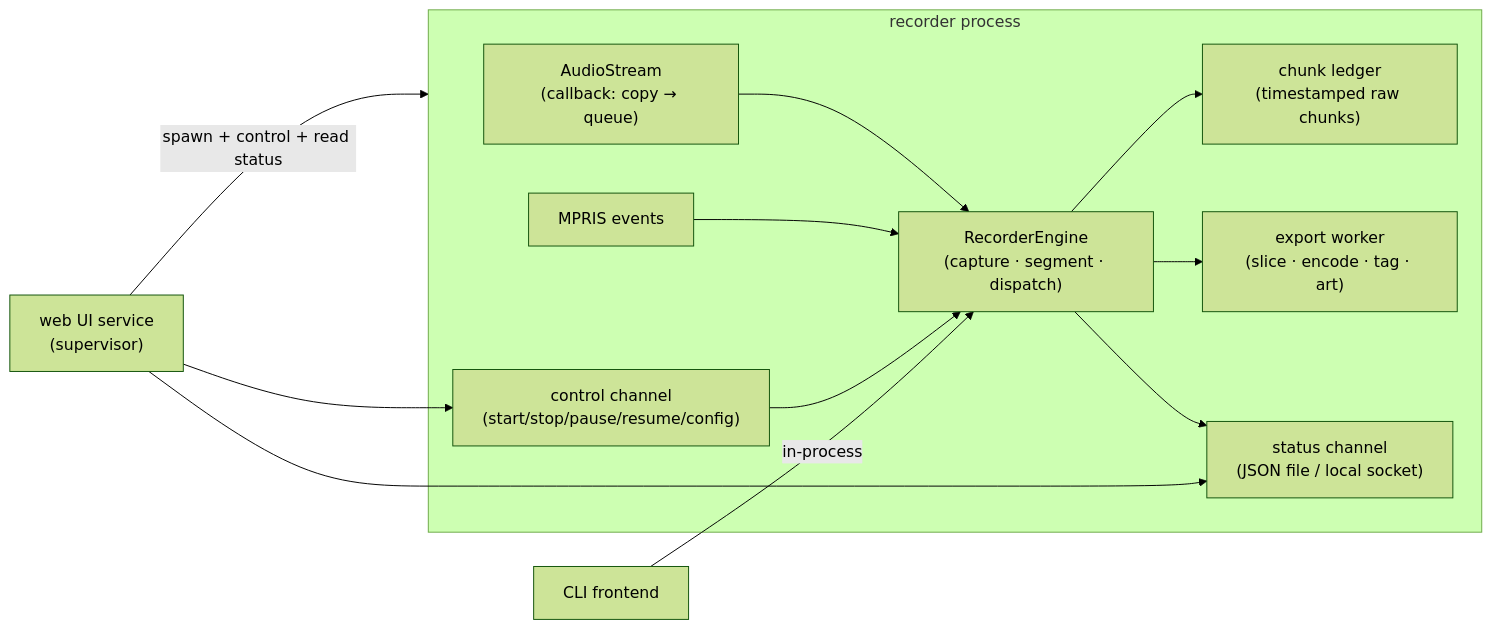
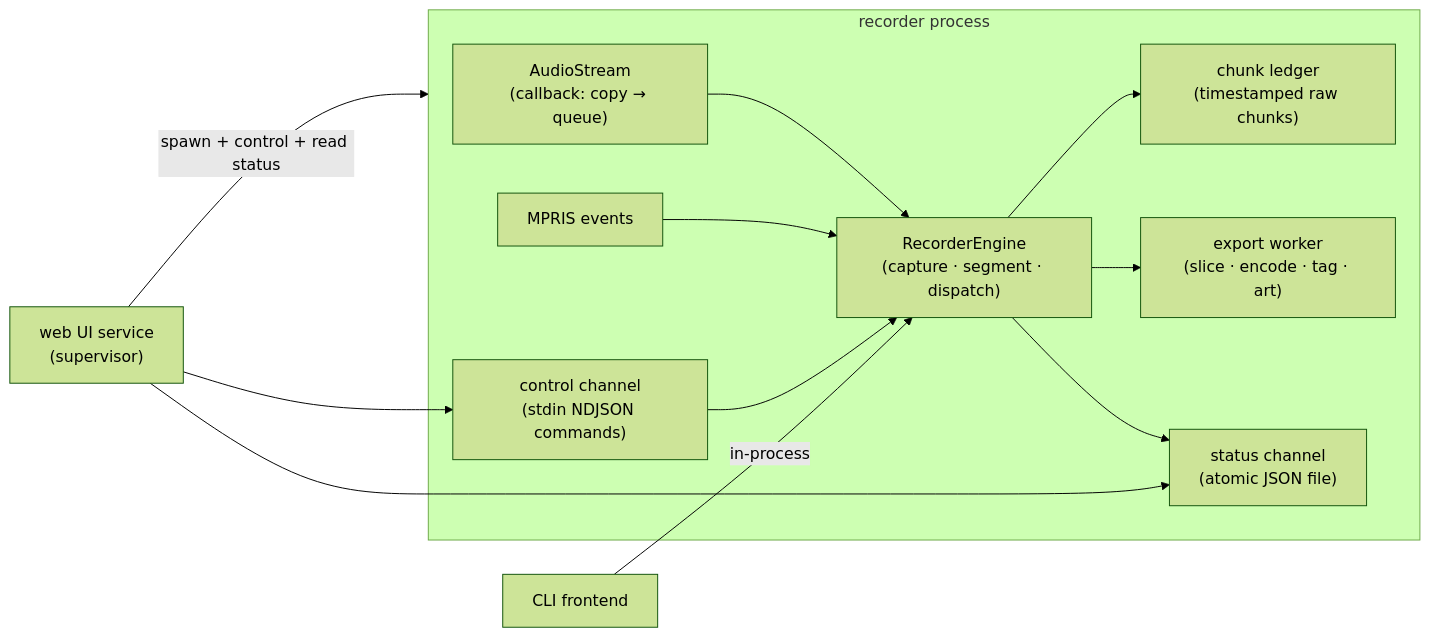
Before and after one commit to Brownster/spytify-LE: the diagram in docs/refactor-roadmap.md, drawn with Mermaid (forest theme). The commit also changed other lines of this file, not shown here.

First line of the commit message:
📚 docs: roadmap: choose recorder IPC transport

````diff
--- a/docs/refactor-roadmap.md
+++ b/docs/refactor-roadmap.md
@@ -27,15 +27,15 @@
 ```mermaid
 flowchart LR
     subgraph rec["recorder process"]
         cap["AudioStream\n(callback: copy → queue)"] --> eng
         mpris["MPRIS events"] --> eng
         eng["RecorderEngine\n(capture · segment · dispatch)"] --> ledger["chunk ledger\n(timestamped raw chunks)"]
         eng --> work["export worker\n(slice · encode · tag · art)"]
-        eng --> status["status channel\n(JSON file / local socket)"]
-        ctrl["control channel\n(start/stop/pause/resume/config)"] --> eng
+        eng --> status["status channel\n(atomic JSON file)"]
+        ctrl["control channel\n(stdin NDJSON commands)"] --> eng
     end
     cli["CLI frontend"] -->|in-process| eng
     web["web UI service\n(supervisor)"] -->|spawn + control + read status| rec
     web --> status
     web --> ctrl
 ```
````
